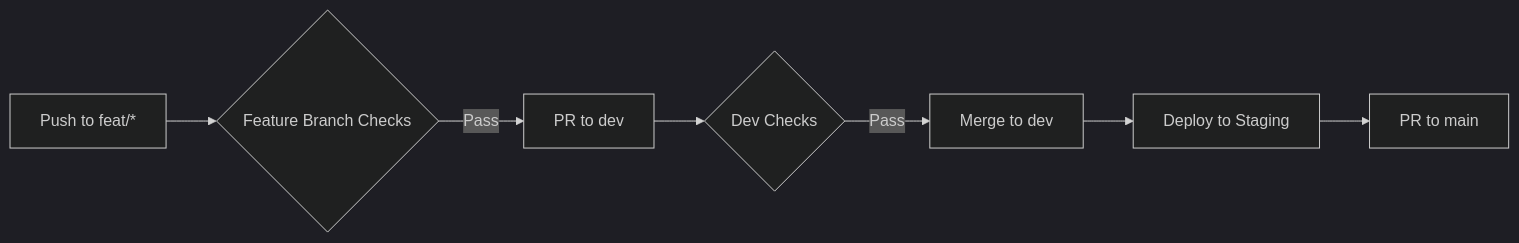
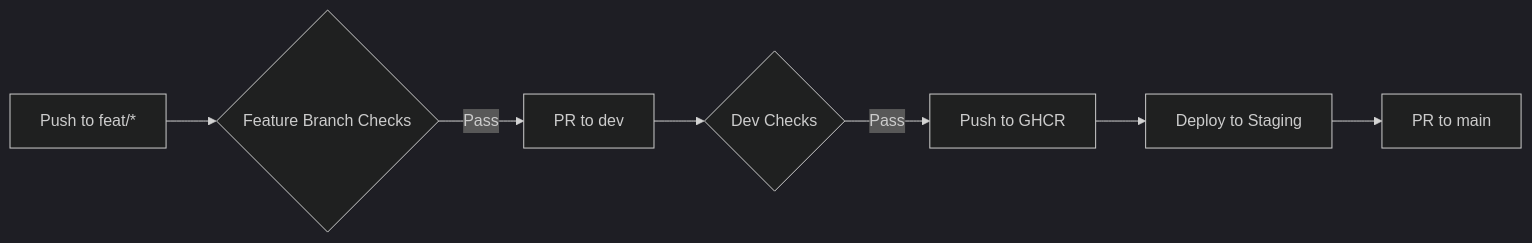
The second of 2 diagrams in README.md (datascientest-fastAPI-project-group-25/fastAPI-project-app), drawn with Mermaid (dark theme) before and after one commit. The commit also changed other lines of this file and 5 other files, not shown here.

````diff
--- a/README.md
+++ b/README.md
@@ -197,9 +197,9 @@
 ```mermaid
 graph LR
     A[Push to feat/*] --> B{Feature Branch Checks}
     B -->|Pass| C[PR to dev]
     C --> D{Dev Checks}
-    D -->|Pass| E[Merge to dev]
+    D -->|Pass| E[Push to GHCR]
     E --> F[Deploy to Staging]
     F --> G[PR to main]
 ```
````
